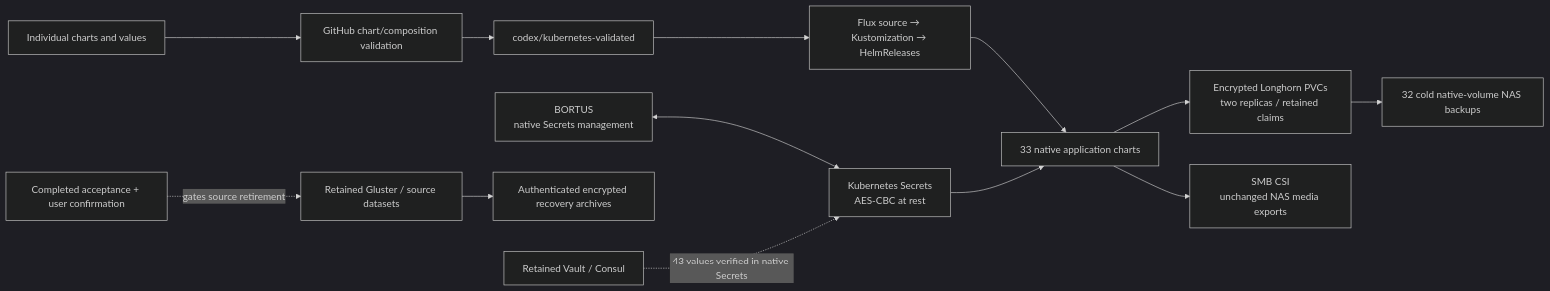
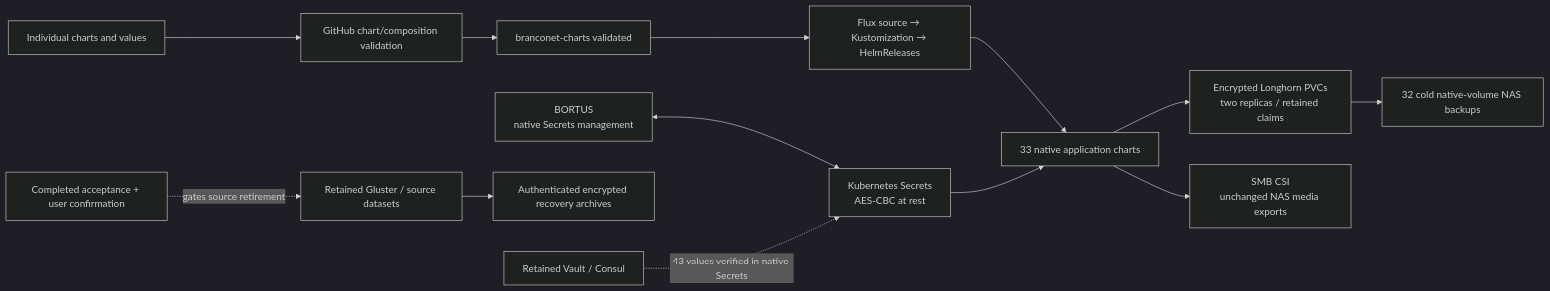
The fourth of 4 diagrams in PLAN.md (jtmb/branconet-homelab), drawn with Mermaid (dark theme) before and after one commit. The commit also changed other lines of this file and 18 other files, not shown here.

Commit message:
Retire old chart publisher and preserve new Flux recovery contract

````diff
--- a/PLAN.md
+++ b/PLAN.md
@@ -235,14 +235,14 @@
 ```mermaid
 flowchart LR
     Repo["Individual charts and values"] --> CI["GitHub chart/composition validation"]
-    CI --> Branch["codex/kubernetes-validated"] --> Flux["Flux source → Kustomization → HelmReleases"]
+    CI --> Branch["branconet-charts validated"] --> Flux["Flux source → Kustomization → HelmReleases"]
     Flux --> Apps["33 native application charts"]
     Native["Kubernetes Secrets<br/>AES-CBC at rest"] --> Apps
     Bortus["BORTUS<br/>native Secrets management"] <--> Native
     Apps --> State["Encrypted Longhorn PVCs<br/>two replicas / retained claims"]
     Apps --> Media["SMB CSI<br/>unchanged NAS media exports"]
     State --> NAS["32 cold native-volume NAS backups"]
     Old["Retained Gluster / source datasets"] --> Archive["Authenticated encrypted recovery archives"]
     Vault["Retained Vault / Consul"] -. "43 values verified in native Secrets" .-> Native
     Approval["Completed acceptance + user confirmation"] -. "gates source retirement" .-> Old
 ```
````
